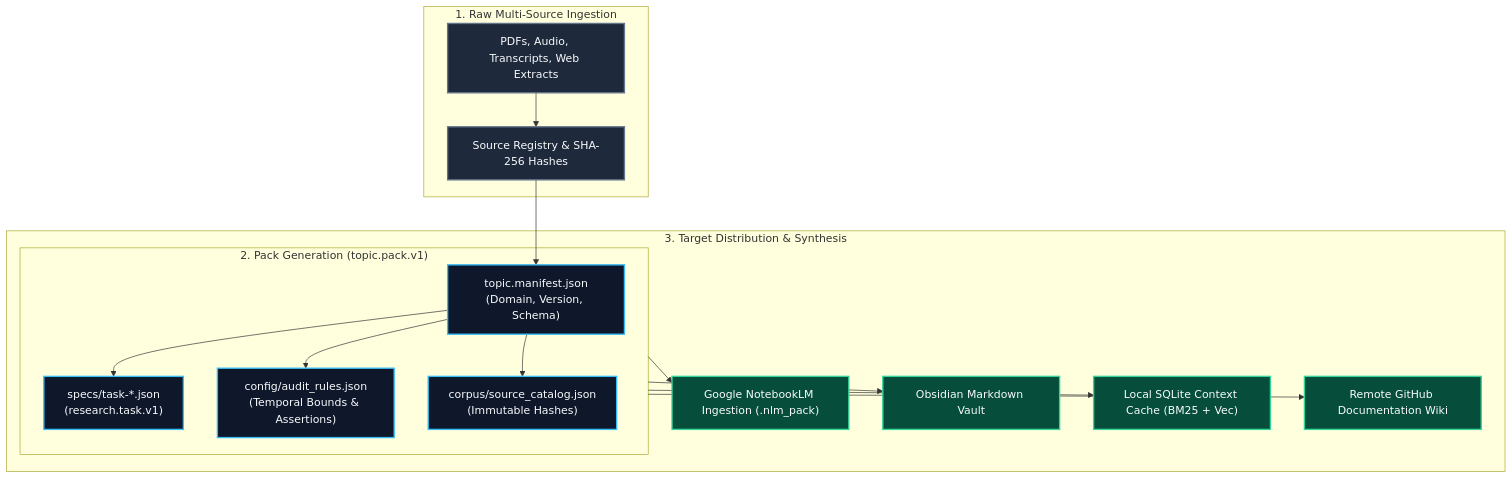
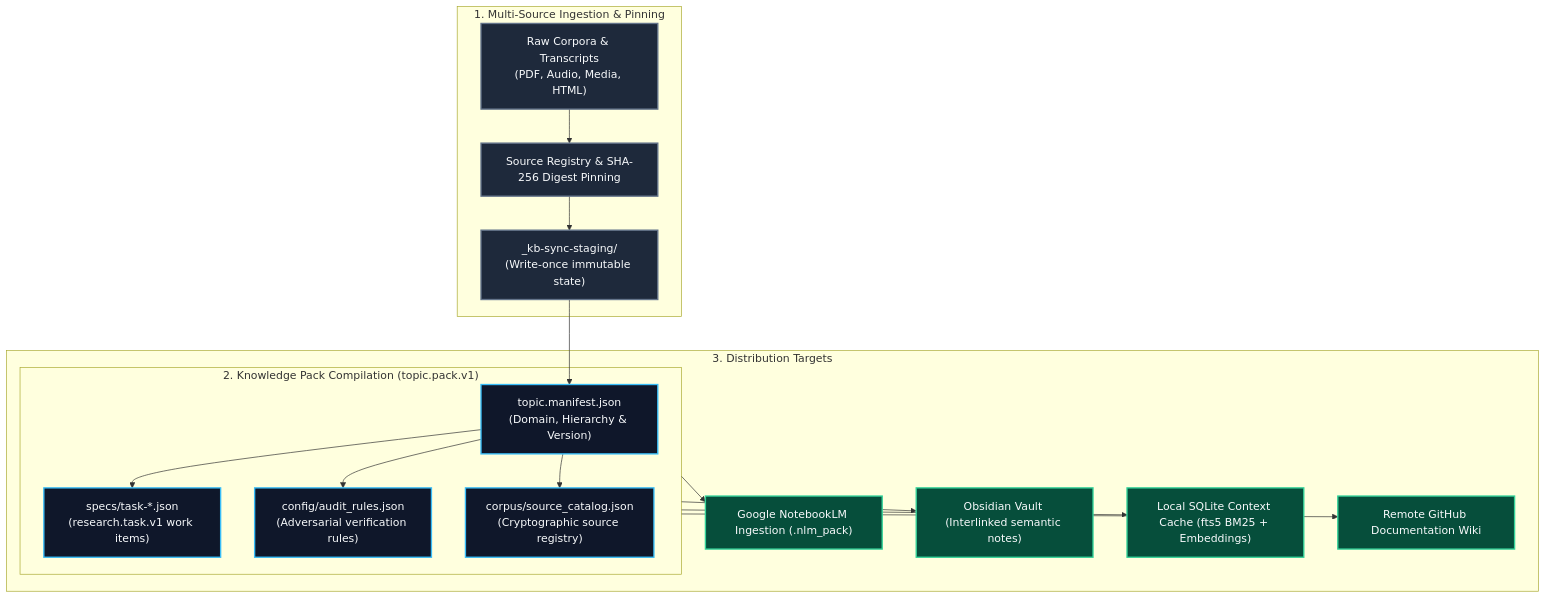
Before and after one commit to sorensencc-dotcom/kb-sync: the diagram in wiki/concepts/pack-based-knowledge-management.md, drawn with Mermaid. The commit also changed other lines of this file and 6 other files, not shown here.

Commit message:
docs(wiki): render Cathryn Lavery diagram, format frontmatter, and remove red links from sidebar

````diff
--- a/wiki/concepts/pack-based-knowledge-management.md
+++ b/wiki/concepts/pack-based-knowledge-management.md
@@ -19,36 +30,38 @@
 ```mermaid
 flowchart TD
-    classDef rawStyle fill:#1e293b,stroke:#64748b,stroke-width:2px,color:#f8fafc;
+    classDef inputStyle fill:#1e293b,stroke:#64748b,stroke-width:2px,color:#f8fafc;
     classDef packStyle fill:#0f172a,stroke:#38bdf8,stroke-width:2px,color:#f8fafc;
     classDef targetStyle fill:#064e3b,stroke:#34d399,stroke-width:2px,color:#f8fafc;
 
-    subgraph Inputs["1. Raw Multi-Source Ingestion"]
-        RAW_DOCS["PDFs, Audio, Transcripts, Web Extracts"]:::rawStyle
-        SRC_REG["Source Registry & SHA-256 Hashes"]:::rawStyle
+    subgraph Ingestion["1. Multi-Source Ingestion & Pinning"]
+        RAW_DOCS["Raw Corpora & Transcripts<br/>(PDF, Audio, Media, HTML)"]:::inputStyle
+        SRC_REG["Source Registry & SHA-256 Digest Pinning"]:::inputStyle
+        STAGING["_kb-sync-staging/<br/>(Write-once immutable state)"]:::inputStyle
         RAW_DOCS --> SRC_REG
+        SRC_REG --> STAGING
     end
 
-    subgraph Packaging["2. Pack Generation (topic.pack.v1)"]
-        MANIFEST["topic.manifest.json<br/>(Domain, Version, Schema)"]:::packStyle
-        TASKS["specs/task-*.json<br/>(research.task.v1)"]:::packStyle
-        AUDIT["config/audit_rules.json<br/>(Temporal Bounds & Assertions)"]:::packStyle
-        CATALOG["corpus/source_catalog.json<br/>(Immutable Hashes)"]:::packStyle
-        
-        SRC_REG --> MANIFEST
+    subgraph Packaging["2. Knowledge Pack Compilation (topic.pack.v1)"]
+        MANIFEST["topic.manifest.json<br/>(Domain, Hierarchy & Version)"]:::packStyle
+        TASKS["specs/task-*.json<br/>(research.task.v1 work items)"]:::packStyle
+        AUDIT["config/audit_rules.json<br/>(Adversarial verification rules)"]:::packStyle
+        CATALOG["corpus/source_catalog.json<br/>(Cryptographic source registry)"]:::packStyle
+
+        STAGING --> MANIFEST
         MANIFEST --> TASKS
         MANIFEST --> AUDIT
         MANIFEST --> CATALOG
     end
 
-    subgraph Distribution["3. Target Distribution & Synthesis"]
+    subgraph Distribution["3. Distribution Targets"]
         NOTEBOOKLM["Google NotebookLM Ingestion (.nlm_pack)"]:::targetStyle
-        OBSIDIAN["Obsidian Markdown Vault"]:::targetStyle
-        SQLITE_VEC["Local SQLite Context Cache (BM25 + Vec)"]:::targetStyle
+        OBSIDIAN["Obsidian Vault (Interlinked semantic notes)"]:::targetStyle
+        SQLITE_VEC["Local SQLite Context Cache (fts5 BM25 + Embeddings)"]:::targetStyle
         WIKI["Remote GitHub Documentation Wiki"]:::targetStyle
 
         Packaging --> NOTEBOOKLM
         Packaging --> OBSIDIAN
         Packaging --> SQLITE_VEC
         Packaging --> WIKI
     end
 ```
````
